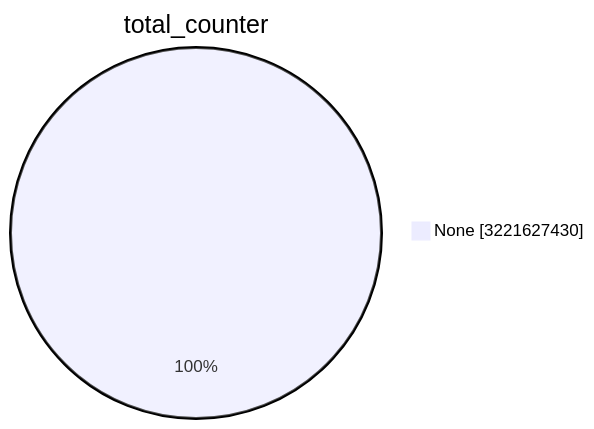
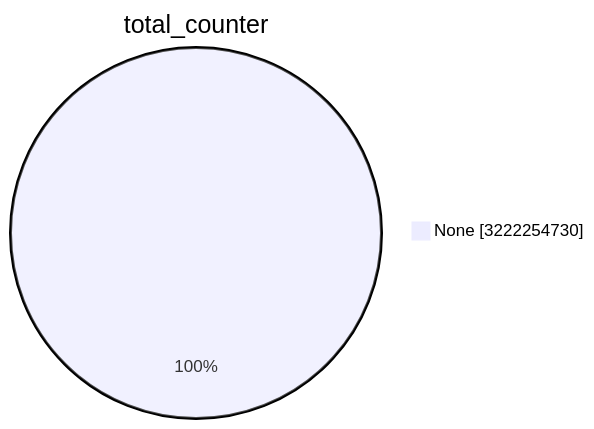
Before and after one commit to christiankrug/ctmonitor_visualization: the first of 15 diagrams in TOTAL/README.md, drawn with Mermaid. The commit also changed other lines of this file, not shown here.

````diff
--- a/TOTAL/README.md
+++ b/TOTAL/README.md
@@ -1,5 +1,5 @@
 ```mermaid
 pie showData
 title total_counter
-"None" :3221627430
+"None" :3222254730
 ```
````
